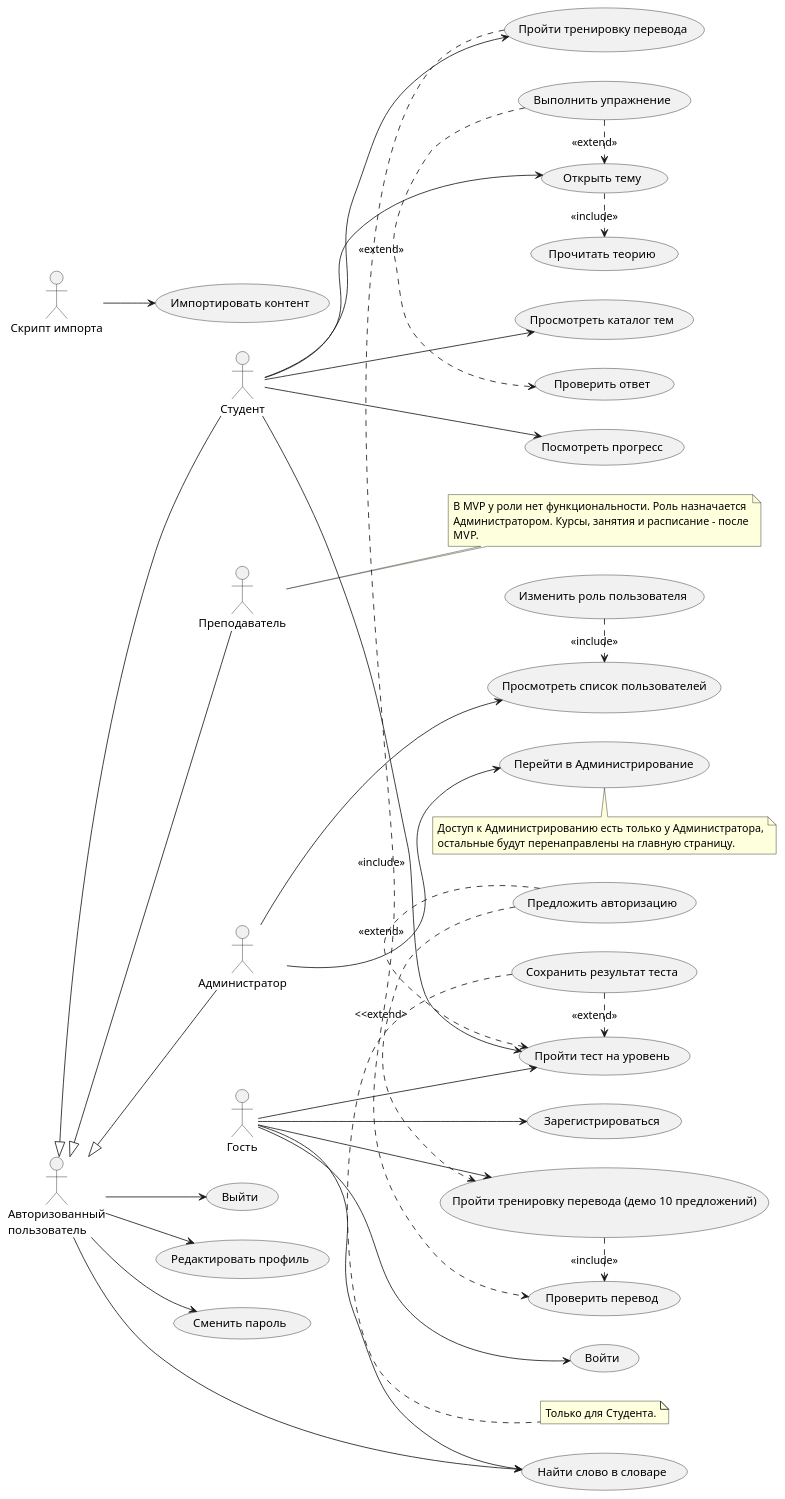
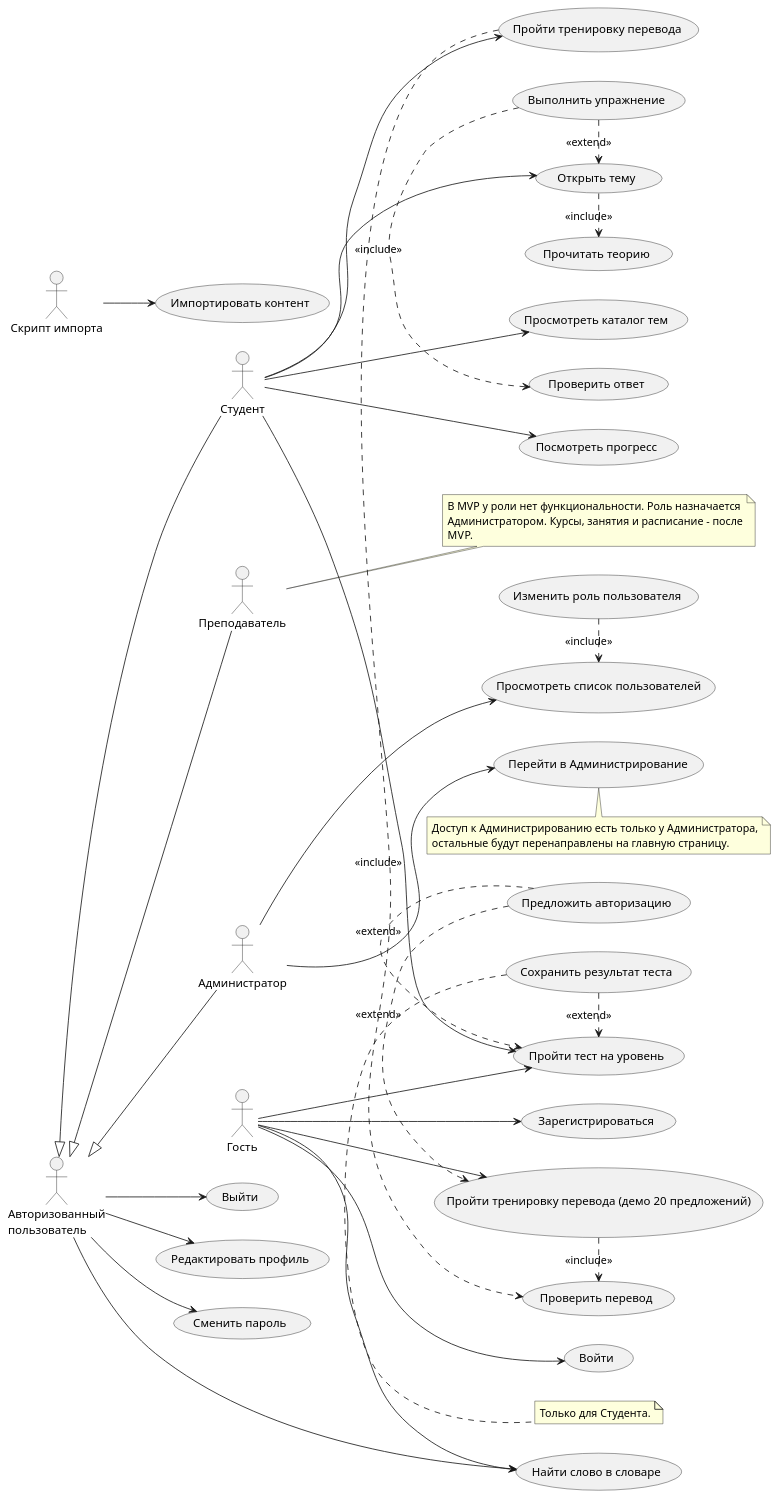
Before and after one commit to anufrievalex2006/StudyEnglish: the diagram in docs/diagrams/plantuml/usecases.puml, drawn with PlantUML. The commit also changed 4 other files, not shown here.

Commit message:
Фикс диаграмм + написал документацию к проекту

```diff
--- a/docs/diagrams/plantuml/usecases.puml
+++ b/docs/diagrams/plantuml/usecases.puml
@@ -1,128 +1,128 @@
 @startuml UseCases
 left to right direction
 ' skinparam packageStyle rectangle
 
 actor "Гость" as guest
 actor "Студент" as student
 actor "Преподаватель" as teacher
 actor "Администратор" as admin
 actor "Авторизованный\nпользователь" as user
 actor "Скрипт импорта" as importer
 
 user <|-- student
 user <|-- teacher
 user <|-- admin
 
 ' rectangle "StudyEnglish" {
 '     package "Авторизация и профиль" {
 '         usecase "Зарегистрироваться" as REGISTER
 '         usecase "Войти" as LOGIN
 '         usecase "Выйти" as LOGOUT
 '         usecase "Редактировать профиль" as EDIT_PROFILE
 '         usecase "Сменить пароль" as CHANGE_PASSWORD
 '     }
 '     package "Словарь" {
 '         usecase "Найти слово в словаре" as FIND_WORD
 '     }
 '     package "Тест на уровень" {
 '         usecase "Пройти тест на уровень" as DO_TEST
 '         usecase "Сохранить результат теста" as SAVE_TEST
 '         usecase "Предложить авторизацию" as OFFER_REG
 '     }
 '     package "Тренировка перевода" {
 '         usecase "Пройти тренировку перевода (демо 10 предложений)" as GUEST_TRAIN
 '         usecase "Пройти тренировку перевода" as TRAIN
 '         usecase "Проверить перевод" as CHECK_TRANSLATION
 '     }
 '     package "Обучение по темам" {
 '         usecase "Просмотреть каталог тем" as CATALOG
 '         usecase "Открыть тему" as TOPIC
 '         usecase "Прочитать теорию" as THEORY
 '         usecase "Выполнить упражнение" as TASK
 '         usecase "Проверить ответ" as CHECK_ANSWER
 '         usecase "Посмотреть прогресс" as PROGRESS
 '     }
 '     package "Администрирование" {
 '         usecase "Перейти в Администрирование" as ADMIN
 '         usecase "Просмотреть список пользователей" as USERS_LIST
 '         usecase "Изменить роль пользователя" as CHANGE_ROLE
 '     }
 '     package "Загрузка контента" {
 '         usecase "Импортировать контент" as IMPORT
 '     }
 ' }
 
 usecase "Зарегистрироваться" as REGISTER
 usecase "Войти" as LOGIN
 usecase "Выйти" as LOGOUT
 usecase "Редактировать профиль" as EDIT_PROFILE
 usecase "Сменить пароль" as CHANGE_PASSWORD
 
 usecase "Найти слово в словаре" as FIND_WORD
 
 usecase "Пройти тест на уровень" as DO_TEST
 usecase "Сохранить результат теста" as SAVE_TEST
 usecase "Предложить авторизацию" as OFFER_REG
 
-usecase "Пройти тренировку перевода (демо 10 предложений)" as GUEST_TRAIN
+usecase "Пройти тренировку перевода (демо 20 предложений)" as GUEST_TRAIN
 usecase "Пройти тренировку перевода" as TRAIN
 usecase "Проверить перевод" as CHECK_TRANSLATION
 
 usecase "Просмотреть каталог тем" as CATALOG
 usecase "Открыть тему" as TOPIC
 usecase "Прочитать теорию" as THEORY
 usecase "Выполнить упражнение" as TASK
 usecase "Проверить ответ" as CHECK_ANSWER
 usecase "Посмотреть прогресс" as PROGRESS
 
 usecase "Перейти в Администрирование" as ADMIN
 usecase "Просмотреть список пользователей" as USERS_LIST
 usecase "Изменить роль пользователя" as CHANGE_ROLE
 
 usecase "Импортировать контент" as IMPORT
 
 guest --> REGISTER
 guest --> LOGIN
 guest --> FIND_WORD
 guest --> DO_TEST
 guest --> GUEST_TRAIN
 
 user --> LOGOUT
 user --> EDIT_PROFILE
 user --> CHANGE_PASSWORD
 user --> FIND_WORD
 
 student --> DO_TEST
 student --> TRAIN
 student --> CATALOG
 student --> TOPIC
 student --> PROGRESS
 
 admin --> ADMIN
 admin --> USERS_LIST
 
 importer --> IMPORT
 
 OFFER_REG .> DO_TEST : <<extend>>
-OFFER_REG .> GUEST_TRAIN : <<extend>
+OFFER_REG .> GUEST_TRAIN : <<extend>>
 SAVE_TEST .> DO_TEST : <<extend>>
 GUEST_TRAIN .> CHECK_TRANSLATION : <<include>>
 TRAIN .> CHECK_TRANSLATION : <<include>>
 TOPIC .> THEORY : <<include>>
 TASK .> TOPIC : <<extend>>
-TASK .> CHECK_ANSWER : <<extend>>
+TASK .> CHECK_ANSWER : <<include>>
 CHANGE_ROLE .> USERS_LIST : <<include>>
 
 note right of teacher
     В MVP у роли нет функциональности. Роль назначается
     Администратором. Курсы, занятия и расписание - после
     MVP.
 end note
 note bottom of SAVE_TEST
     Только для Студента.
 end note
 note bottom of ADMIN
     Доступ к Администрированию есть только у Администратора,
     остальные будут перенаправлены на главную страницу.
 end note
 @enduml
```
